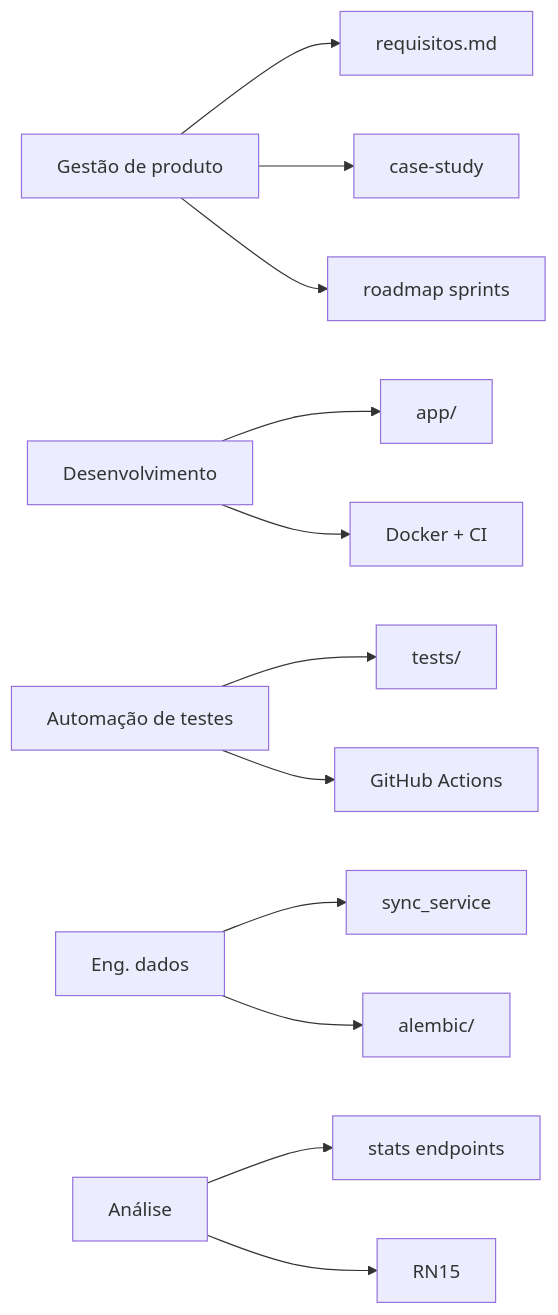
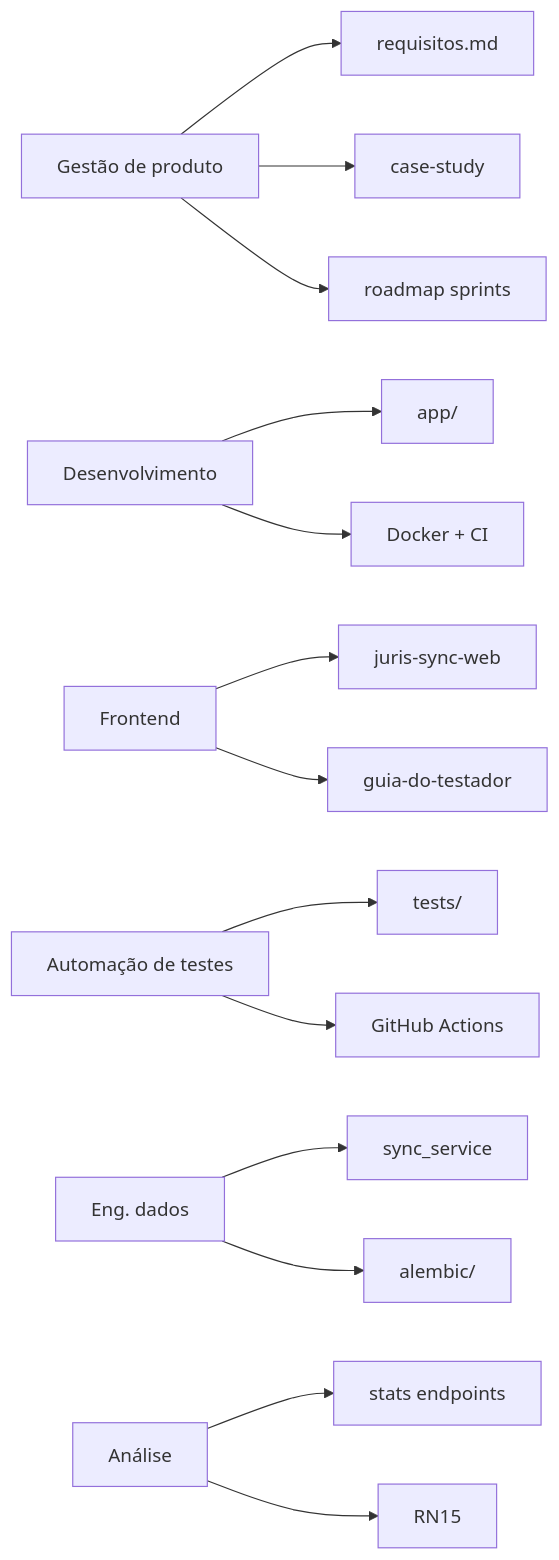
One commit to MariaHilmar/maria-portfolio changed the first of 2 diagrams in docs/competencias.md. Above: the diagram before and after it, drawn with Mermaid. The commit also changed other lines of this file and 20 other files, not shown here.

````diff
--- a/docs/competencias.md
+++ b/docs/competencias.md
@@ -139,18 +201,21 @@
 ```mermaid
 graph LR
     PM[Gestão de produto] --> REQ[requisitos.md]
     PM --> CS[case-study]
     PM --> ROAD[roadmap sprints]
 
     DEV[Desenvolvimento] --> APP[app/]
     DEV --> DOCKER[Docker + CI]
+
+    FE[Frontend] --> WEB[juris-sync-web]
+    FE --> GUIDE[guia-do-testador]
 
     QA[Automação de testes] --> TESTS[tests/]
     QA --> CI[GitHub Actions]
 
     DATA[Eng. dados] --> SYNC[sync_service]
     DATA --> ALEMBIC[alembic/]
 
     ANALISE[Análise] --> STATS[stats endpoints]
     ANALISE --> RN15[RN15]
 ```
````
